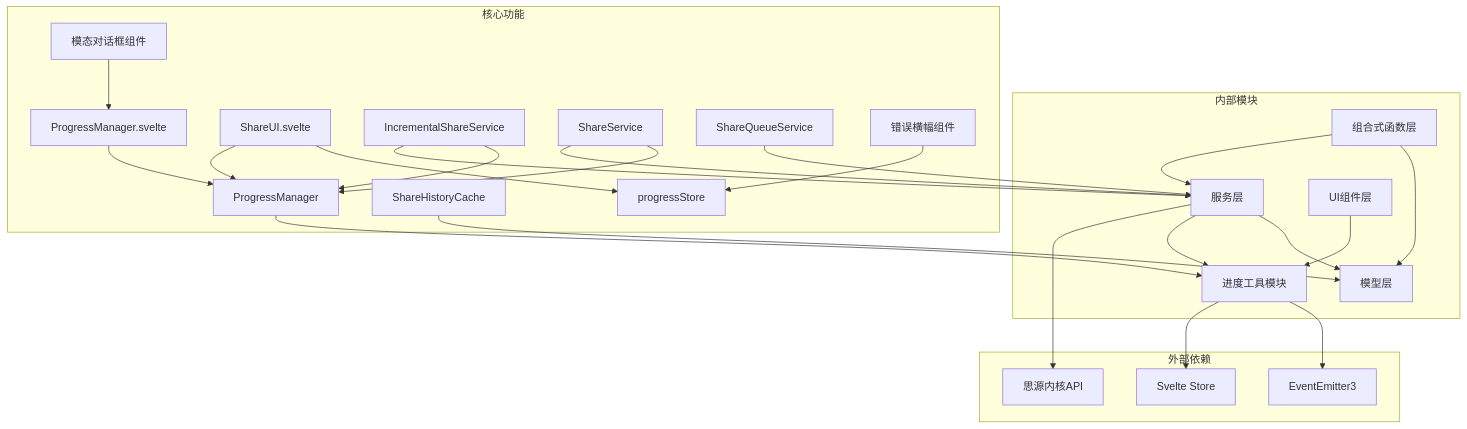
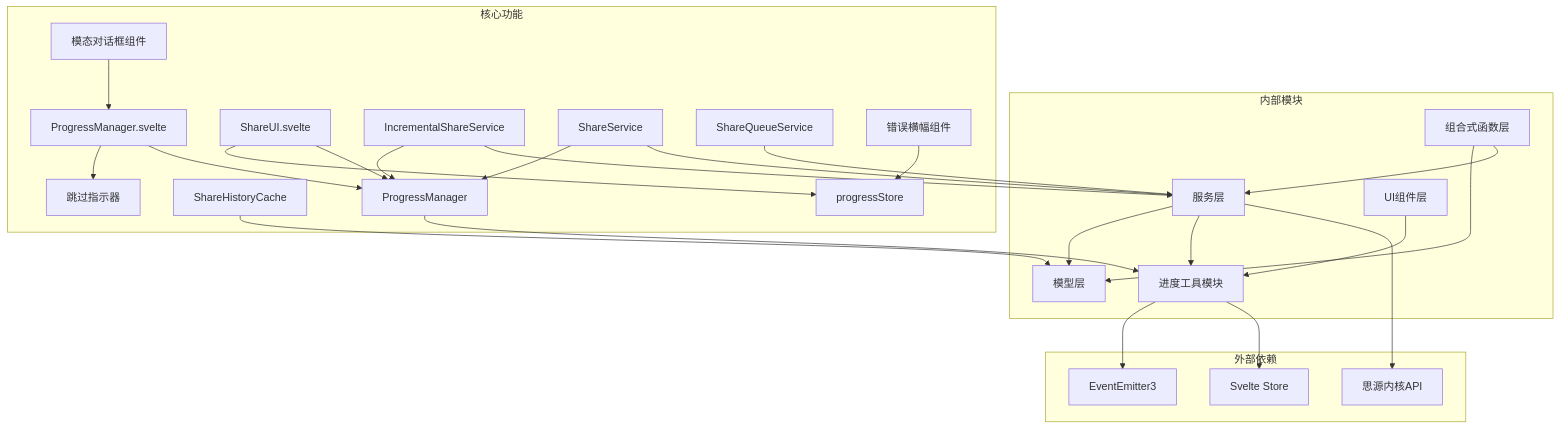
Before and after one commit to terwerinc/siyuan-plugin-share-pro: the tenth of 10 diagrams in .qoder/repowiki/zh/content/Progress Management Enhancements.md, drawn with Mermaid. The commit also changed other lines of this file and 12 other files, not shown here.

````diff
--- a/.qoder/repowiki/zh/content/Progress Management Enhancements.md
+++ b/.qoder/repowiki/zh/content/Progress Management Enhancements.md
@@ -640,47 +764,49 @@
 ```mermaid
 graph TB
 subgraph "外部依赖"
 Svelte[Svelte Store]
 EventEmitter[EventEmitter3]
 SiyuanAPI[思源内核API]
 end
 subgraph "内部模块"
 ProgressUtils[进度工具模块]
 ServiceLayer[服务层]
 ModelLayer[模型层]
 ComposableLayer[组合式函数层]
 UIComponents[UI组件层]
 end
 subgraph "核心功能"
 PM[ProgressManager]
 PMSvelte[ProgressManager.svelte]
 ShareUI[ShareUI.svelte]
 ISS[IncrementalShareService]
 SS[ShareService]
 SQS[ShareQueueService]
 SHC[ShareHistoryCache]
 PStore[progressStore]
 ErrorBanner[错误横幅组件]
 ModalDialog[模态对话框组件]
+SkippedIndicator[跳过指示器]
 end
 ProgressUtils --> Svelte
 ProgressUtils --> EventEmitter
 ServiceLayer --> SiyuanAPI
 ServiceLayer --> ProgressUtils
 ServiceLayer --> ModelLayer
 ComposableLayer --> ServiceLayer
 ComposableLayer --> ModelLayer
 UIComponents --> ProgressUtils
 PM --> ProgressUtils
 PMSvelte --> PM
+PMSvelte --> SkippedIndicator
 ShareUI --> PM
 ShareUI --> PStore
 ISS --> ServiceLayer
 ISS --> PM
 SS --> ServiceLayer
 SS --> PM
 SQS --> ServiceLayer
 SHC --> ModelLayer
 ErrorBanner --> PStore
 ModalDialog --> PMSvelte
 ```
````
